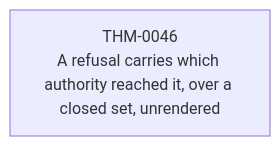
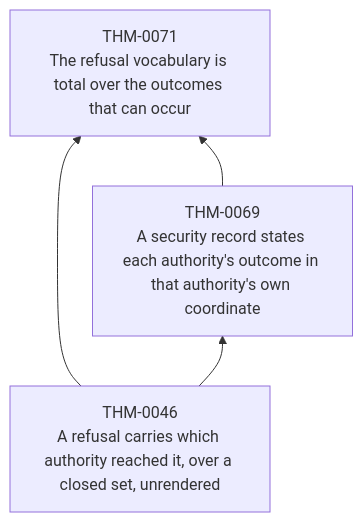
Diagram 17 of 27 in verification/generated/theorem-dependencies.md (matssun/mcp-re), drawn with Mermaid before and after one commit. The commit also changed other lines of this file and 6 other files, not shown here.

````diff
--- a/verification/generated/theorem-dependencies.md
+++ b/verification/generated/theorem-dependencies.md
@@ -218,4 +218,9 @@
 ```mermaid
 graph BT
     THM_0046["THM-0046<br/>A refusal carries which authority reached it, over a closed set, unrendered"]
+    THM_0069["THM-0069<br/>A security record states each authority's outcome in that authority's own coordinate"]
+    THM_0071["THM-0071<br/>The refusal vocabulary is total over the outcomes that can occur"]
+    THM_0046 --> THM_0069
+    THM_0046 --> THM_0071
+    THM_0069 --> THM_0071
 ```
````
